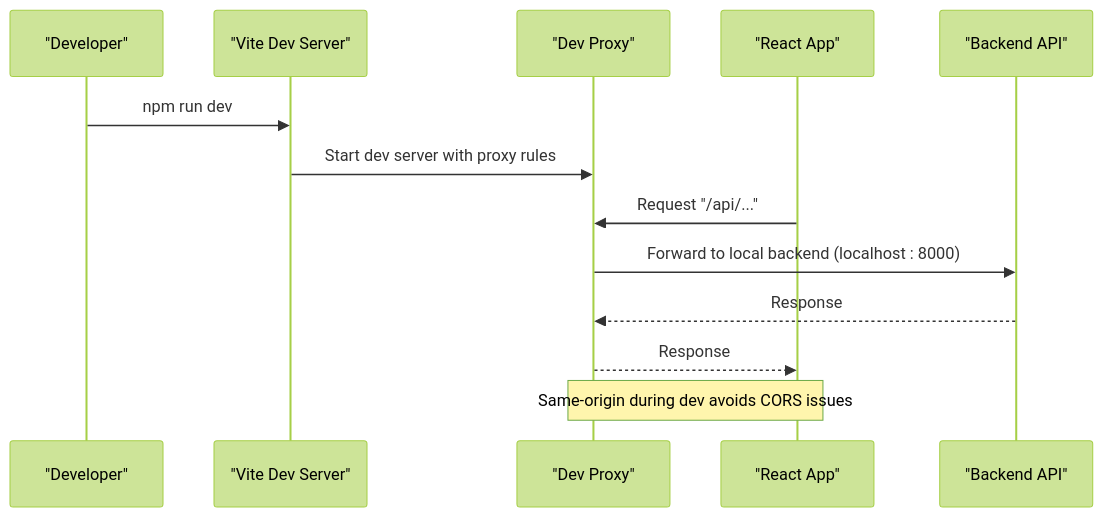
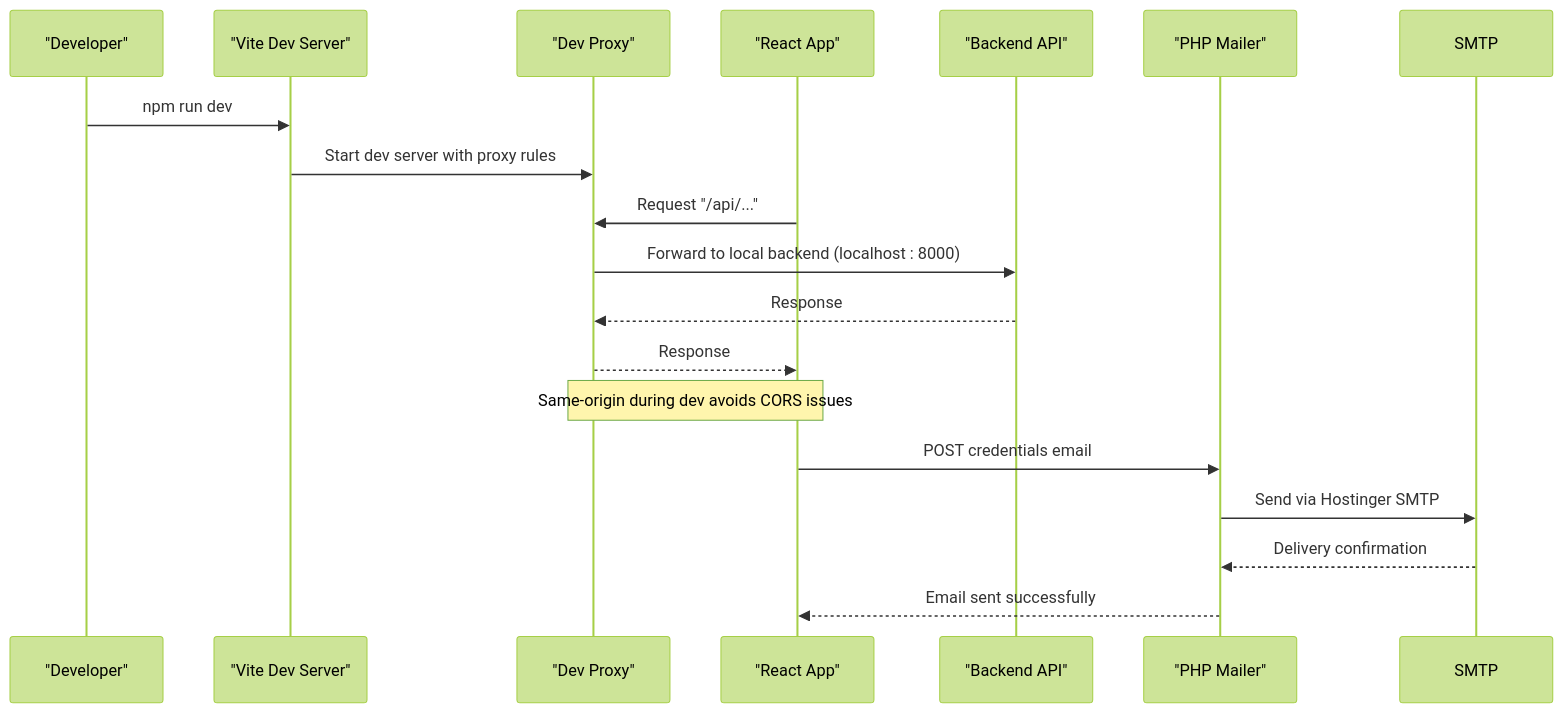
One commit to imcbsglobal/TRELLISCO_ERP_FRONTEND changed the second of 11 diagrams in .qoder/repowiki/en/content/Configuration and Environment.md. Above: the diagram before and after it, drawn with Mermaid (forest theme). The commit also changed other lines of this file and 35 other files, not shown here.

````diff
--- a/.qoder/repowiki/en/content/Configuration and Environment.md
+++ b/.qoder/repowiki/en/content/Configuration and Environment.md
@@ -95,15 +123,20 @@
 ```mermaid
 sequenceDiagram
 participant Dev as "Developer"
 participant Vite as "Vite Dev Server"
 participant Proxy as "Dev Proxy"
 participant App as "React App"
 participant API as "Backend API"
+participant Mailer as "PHP Mailer"
 Dev->>Vite : npm run dev
 Vite->>Proxy : Start dev server with proxy rules
 App->>Proxy : Request "/api/..."
 Proxy->>API : Forward to local backend (localhost : 8000)
 API-->>Proxy : Response
 Proxy-->>App : Response
 Note over App,Proxy : Same-origin during dev avoids CORS issues
+App->>Mailer : POST credentials email
+Mailer->>SMTP : Send via Hostinger SMTP
+SMTP-->>Mailer : Delivery confirmation
+Mailer-->>App : Email sent successfully
 ```
````
